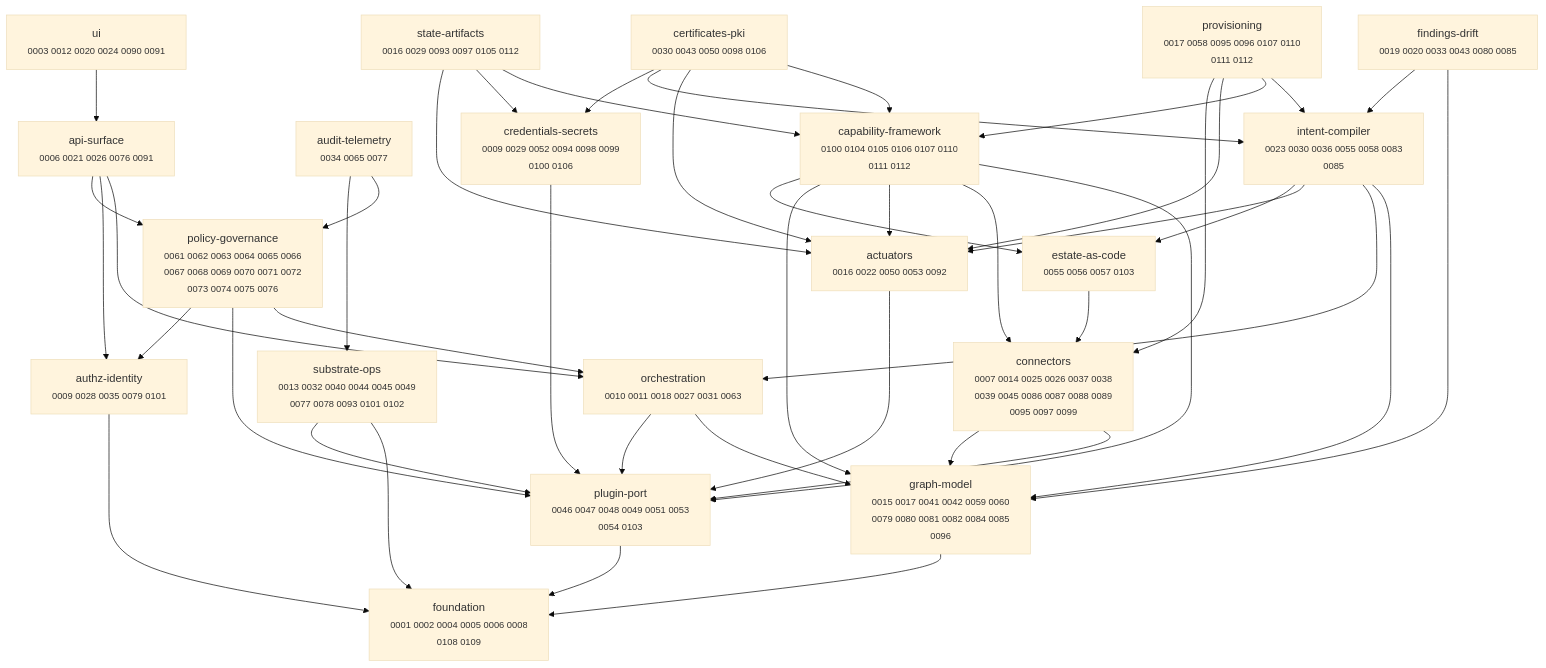
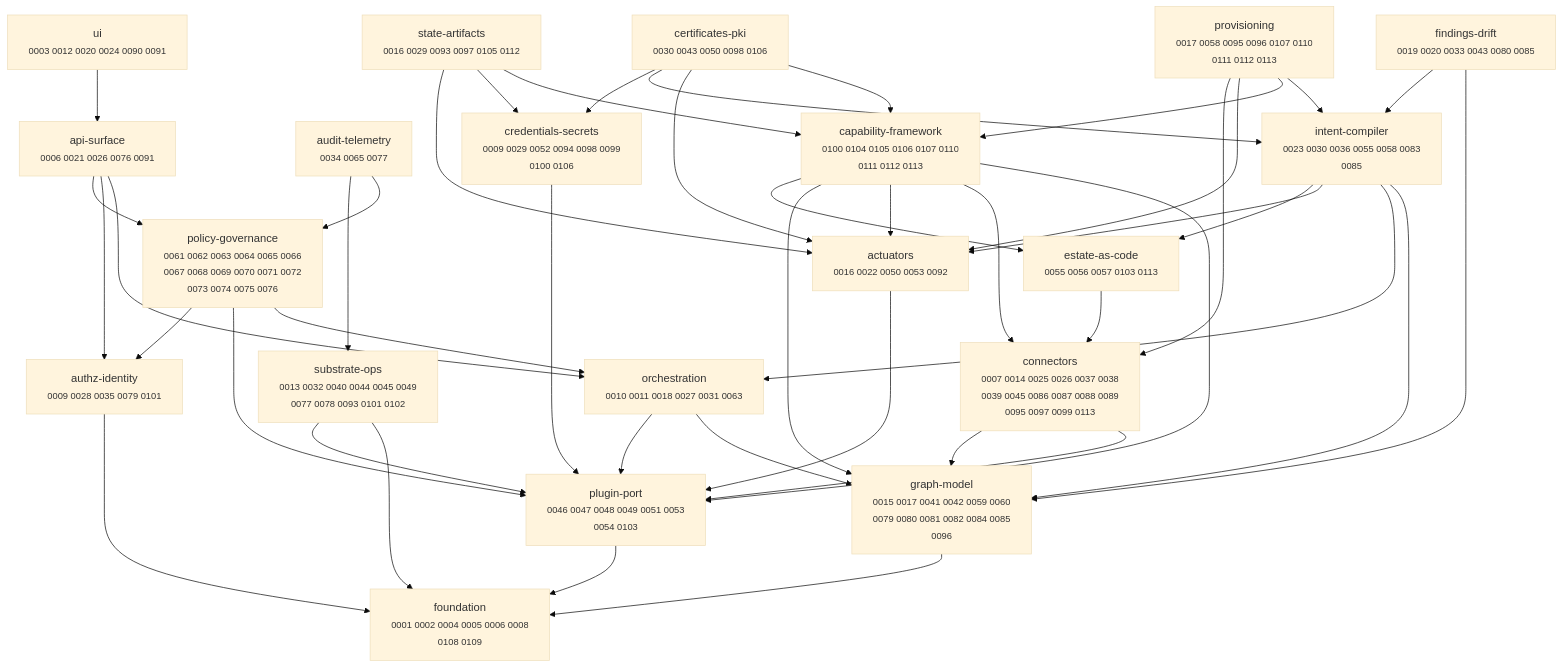
One commit to dstout-devops/stratt changed the diagram in docs/adr/MAP.md. Above: the diagram before and after it, drawn with Mermaid (base theme). The commit also changed other lines of this file and 2 other files, not shown here.

Commit message:
docs(adr): ADR-0113 — vSphere as a provisioning provider (vcenter dual-verb)
The VMware projection half: extend the shipped vcenter Syncer (ADR-0007) into a
dual-verb Actuator that provides:[provisioning] and builds Compute (VMs) + Subnet
(DVS portgroups, VLAN via netbox ipam). Reconciles the prior-art arc (supersedes
ADR-0058 builder:, realizes ADR-0059's vsphere-network slot, mirrors ADR-0107,
composes ADR-0111/0112, follows ADR-0112 D5 identity-only output).

D2 extends ADR-0057 environment scope to the provisioning provider-selection path
so vSphere COEXISTS with EC2/opentofu (region/sovereignty boundary = environment),
fail-closed within an environment preserved (§2.4).

vcsim v0.55.1 write-fidelity PROVEN by a slice-0 spike (CreateVM_Task, PowerOn,
AddDVPortgroup+VLAN, and the read<->build round-trip). Live real-vCenter smoke test
remains the deferred validation.

Gates: vocabulary-linter CLEAN; charter-guardian PASS-after-fixes (F1 sibling-provider
scoping stated in D2; F2/F3 booked as slice-1 core work). ADR knowledge-graph index
regenerated (113 ADRs).

````diff
--- a/docs/adr/MAP.md
+++ b/docs/adr/MAP.md
@@ -11,67 +11,67 @@
 ```mermaid
 graph TD
   actuators["actuators<br/><small>0016 0022 0050 0053 0092</small>"]
   api_surface["api-surface<br/><small>0006 0021 0026 0076 0091</small>"]
   audit_telemetry["audit-telemetry<br/><small>0034 0065 0077</small>"]
   authz_identity["authz-identity<br/><small>0009 0028 0035 0079 0101</small>"]
-  capability_framework["capability-framework<br/><small>0100 0104 0105 0106 0107 0110<br/>0111 0112</small>"]
+  capability_framework["capability-framework<br/><small>0100 0104 0105 0106 0107 0110<br/>0111 0112 0113</small>"]
   certificates_pki["certificates-pki<br/><small>0030 0043 0050 0098 0106</small>"]
-  connectors["connectors<br/><small>0007 0014 0025 0026 0037 0038<br/>0039 0045 0086 0087 0088 0089<br/>0095 0097 0099</small>"]
+  connectors["connectors<br/><small>0007 0014 0025 0026 0037 0038<br/>0039 0045 0086 0087 0088 0089<br/>0095 0097 0099 0113</small>"]
   credentials_secrets["credentials-secrets<br/><small>0009 0029 0052 0094 0098 0099<br/>0100 0106</small>"]
-  estate_as_code["estate-as-code<br/><small>0055 0056 0057 0103</small>"]
+  estate_as_code["estate-as-code<br/><small>0055 0056 0057 0103 0113</small>"]
   findings_drift["findings-drift<br/><small>0019 0020 0033 0043 0080 0085</small>"]
   foundation["foundation<br/><small>0001 0002 0004 0005 0006 0008<br/>0108 0109</small>"]
   graph_model["graph-model<br/><small>0015 0017 0041 0042 0059 0060<br/>0079 0080 0081 0082 0084 0085<br/>0096</small>"]
   intent_compiler["intent-compiler<br/><small>0023 0030 0036 0055 0058 0083<br/>0085</small>"]
   orchestration["orchestration<br/><small>0010 0011 0018 0027 0031 0063</small>"]
   plugin_port["plugin-port<br/><small>0046 0047 0048 0049 0051 0053<br/>0054 0103</small>"]
   policy_governance["policy-governance<br/><small>0061 0062 0063 0064 0065 0066<br/>0067 0068 0069 0070 0071 0072<br/>0073 0074 0075 0076</small>"]
-  provisioning["provisioning<br/><small>0017 0058 0095 0096 0107 0110<br/>0111 0112</small>"]
+  provisioning["provisioning<br/><small>0017 0058 0095 0096 0107 0110<br/>0111 0112 0113</small>"]
   state_artifacts["state-artifacts<br/><small>0016 0029 0093 0097 0105 0112</small>"]
   substrate_ops["substrate-ops<br/><small>0013 0032 0040 0044 0045 0049<br/>0077 0078 0093 0101 0102</small>"]
   ui["ui<br/><small>0003 0012 0020 0024 0090 0091</small>"]
 
   actuators --> plugin_port
   api_surface --> orchestration
   api_surface --> authz_identity
   api_surface --> policy_governance
   audit_telemetry --> policy_governance
   audit_telemetry --> substrate_ops
   authz_identity --> foundation
   capability_framework --> plugin_port
   capability_framework --> connectors
   capability_framework --> actuators
   capability_framework --> graph_model
   capability_framework --> estate_as_code
   certificates_pki --> capability_framework
   certificates_pki --> actuators
   certificates_pki --> intent_compiler
   certificates_pki --> credentials_secrets
   connectors --> plugin_port
   connectors --> graph_model
   credentials_secrets --> plugin_port
   estate_as_code --> connectors
   findings_drift --> graph_model
   findings_drift --> intent_compiler
   graph_model --> foundation
   intent_compiler --> graph_model
   intent_compiler --> orchestration
   intent_compiler --> actuators
   intent_compiler --> estate_as_code
   orchestration --> graph_model
   orchestration --> plugin_port
   plugin_port --> foundation
   policy_governance --> orchestration
   policy_governance --> plugin_port
   policy_governance --> authz_identity
   provisioning --> intent_compiler
   provisioning --> capability_framework
   provisioning --> actuators
   provisioning --> connectors
   state_artifacts --> capability_framework
   state_artifacts --> credentials_secrets
   state_artifacts --> actuators
   substrate_ops --> foundation
   substrate_ops --> plugin_port
   ui --> api_surface
 ```
````
